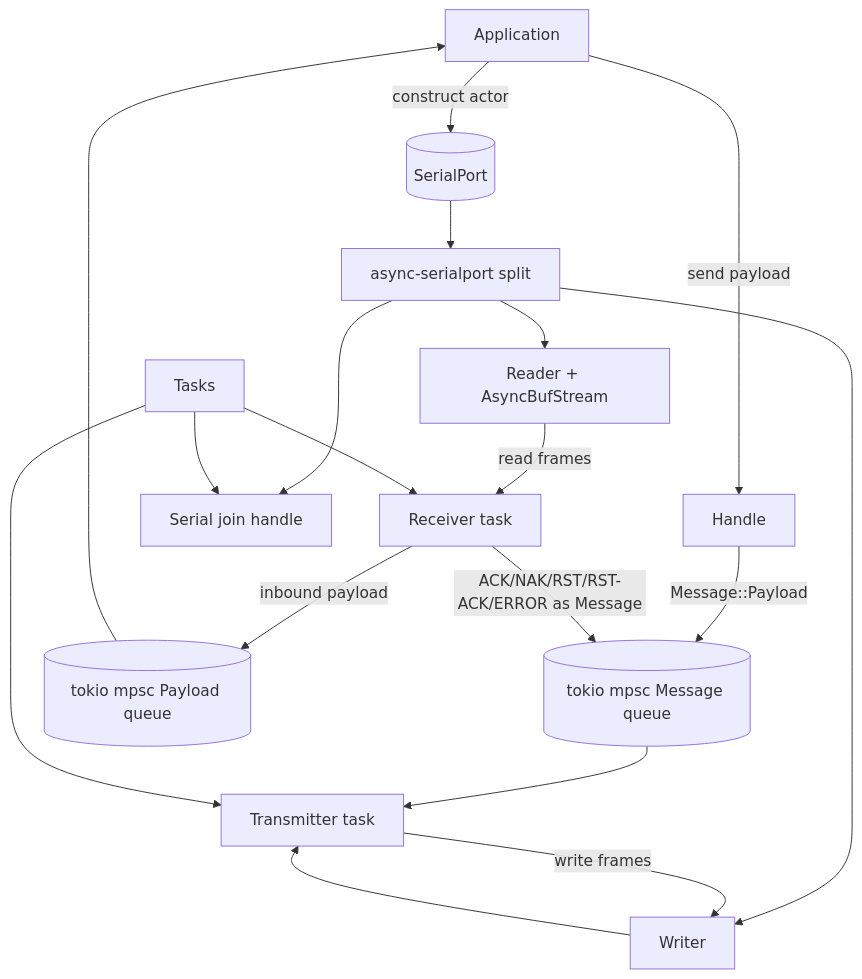
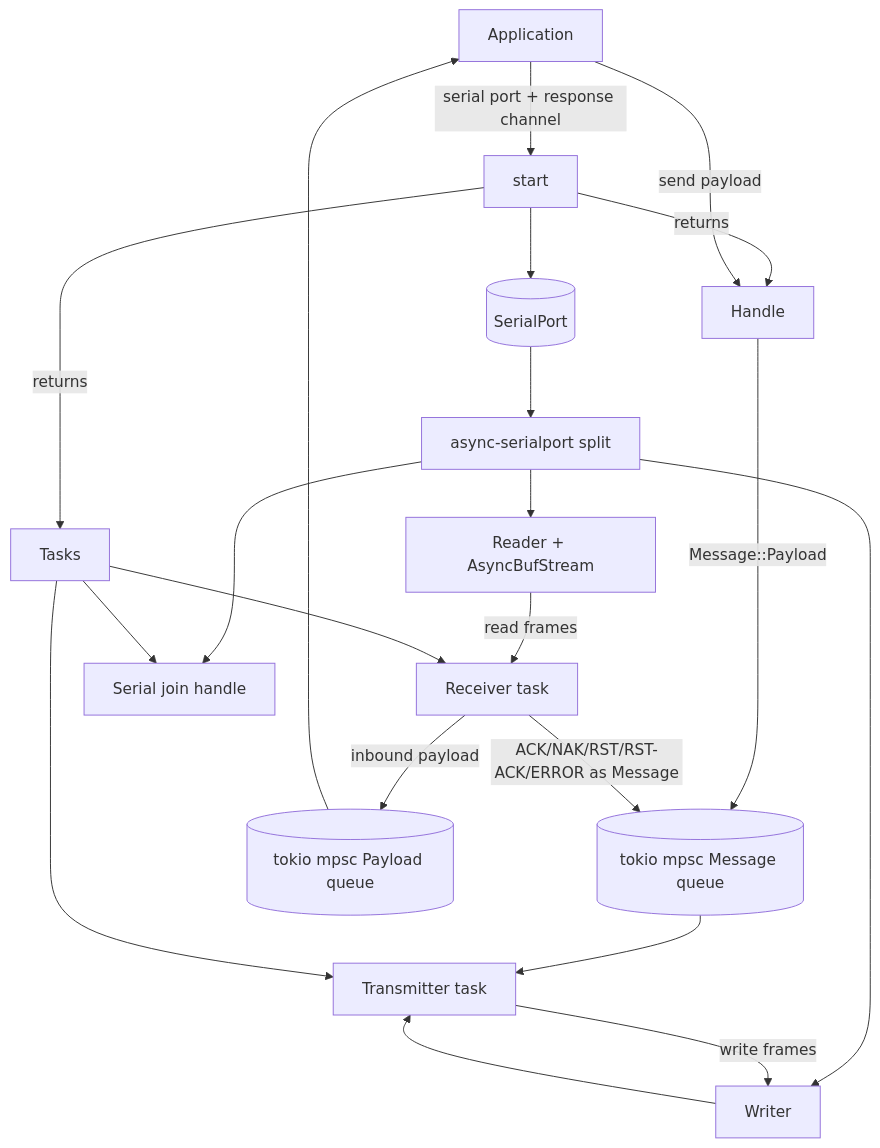
Before and after one commit to PaulmannLighting/ashv2: the first of 4 diagrams in ARCHITECTURE.md, drawn with Mermaid. The commit also changed other lines of this file and 6 other files, not shown here.

````diff
--- a/ARCHITECTURE.md
+++ b/ARCHITECTURE.md
@@ -19,33 +21,37 @@
 ```mermaid
 flowchart TD
     App[Application]
+    Start[start]
     Handle[Handle]
     Tasks[Tasks]
     Tx[Transmitter task]
     Rx[Receiver task]
     Split[async-serialport split]
     Reader[Reader + AsyncBufStream]
     Writer[Writer]
     Join[Serial join handle]
     MsgQ[(tokio mpsc Message queue)]
     RespQ[(tokio mpsc Payload queue)]
     Serial[(SerialPort)]
 
+    App -->|serial port + response channel| Start
+    Start -->|returns| Handle
+    Start -->|returns| Tasks
+    Start --> Serial
     App -->|send payload| Handle
-    App -->|construct actor| Serial
     Serial --> Split
     Split --> Reader
     Split --> Writer
     Split --> Join
     Handle -->|Message::Payload| MsgQ
     MsgQ --> Tx
     Writer --> Tx
     Tx -->|write frames| Writer
     Reader -->|read frames| Rx
     Rx -->|inbound payload| RespQ
     RespQ --> App
     Rx -->|ACK/NAK/RST/RST-ACK/ERROR as Message| MsgQ
     Tasks --> Tx
     Tasks --> Rx
     Tasks --> Join
 ```
````
